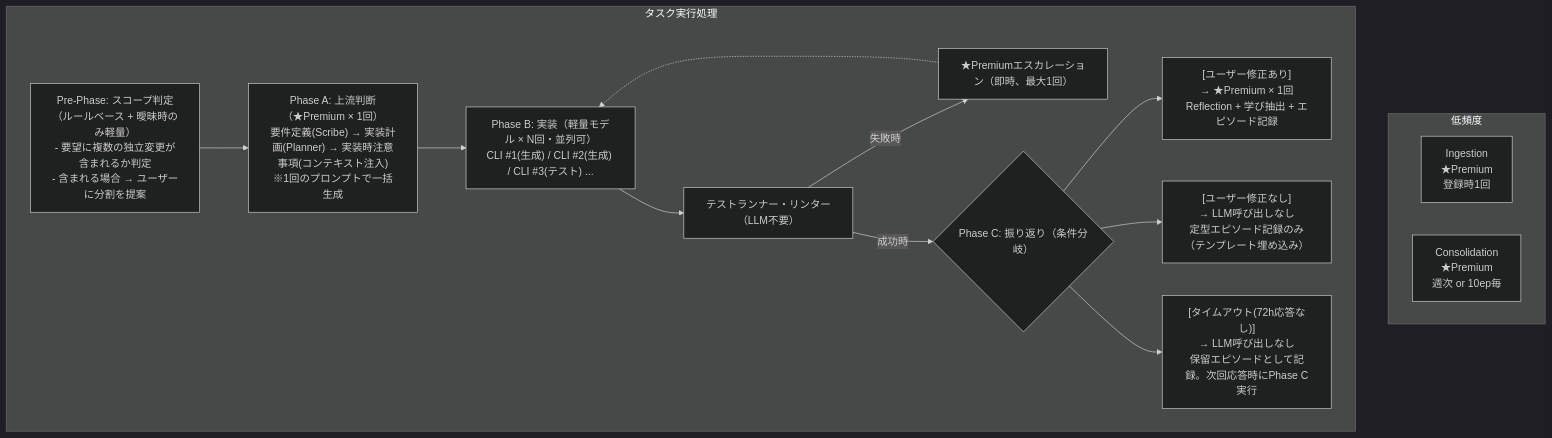
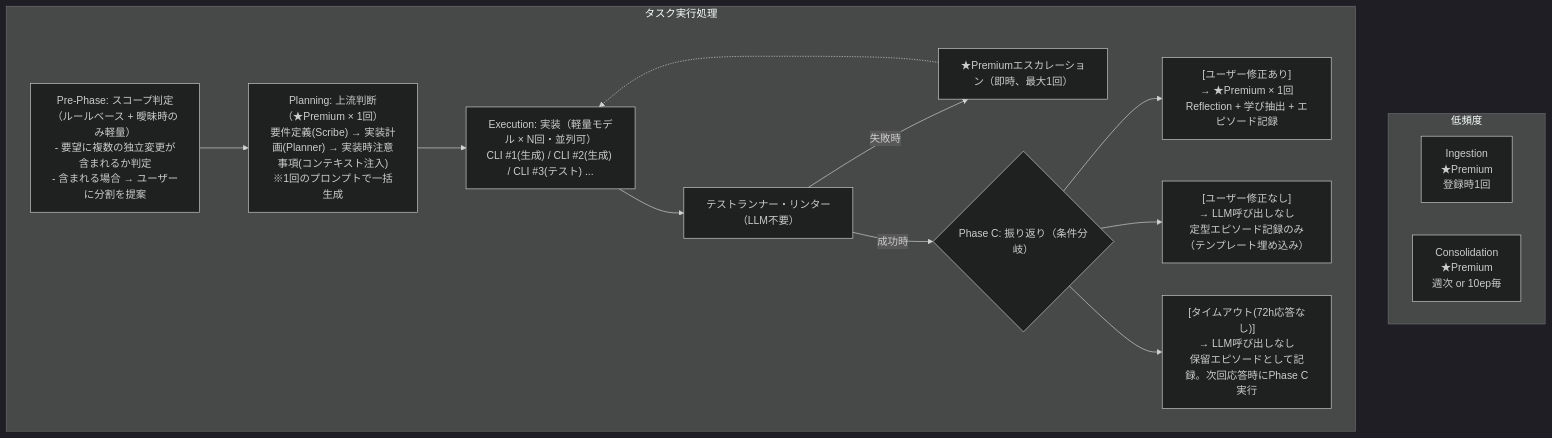
The first of 4 diagrams in docs/plans/005_llm_usage_plan_v2.md (nqounet/deba), drawn with Mermaid (dark theme) before and after one commit. The commit also changed other lines of this file and 23 other files, not shown here.

First line of the commit message:
refactor: rename Phase A/B to Planning/Execution and introduce Trust module

````diff
--- a/docs/plans/005_llm_usage_plan_v2.md
+++ b/docs/plans/005_llm_usage_plan_v2.md
@@ -106,32 +106,32 @@
 ```mermaid
 flowchart TD
     subgraph 低頻度
         A1["Ingestion<br>★Premium<br>登録時1回"]
         A2["Consolidation<br>★Premium<br>週次 or 10ep毎"]
     end
 
     subgraph タスク実行処理
         B1["Pre-Phase: スコープ判定<br>（ルールベース + 曖昧時のみ軽量）<br>- 要望に複数の独立変更が含まれるか判定<br>- 含まれる場合 → ユーザーに分割を提案"]
-        B2["Phase A: 上流判断（★Premium × 1回）<br>要件定義(Scribe) → 実装計画(Planner) → 実装時注意事項(コンテキスト注入)<br>※1回のプロンプトで一括生成"]
+        B2["Planning: 上流判断（★Premium × 1回）<br>要件定義(Scribe) → 実装計画(Planner) → 実装時注意事項(コンテキスト注入)<br>※1回のプロンプトで一括生成"]
         
-        B3["Phase B: 実装（軽量モデル × N回・並列可）<br>CLI #1(生成) / CLI #2(生成) / CLI #3(テスト) ..."]
+        B3["Execution: 実装（軽量モデル × N回・並列可）<br>CLI #1(生成) / CLI #2(生成) / CLI #3(テスト) ..."]
         B4["テストランナー・リンター（LLM不要）"]
         B5["★Premiumエスカレーション（即時、最大1回）"]
         
         B6{"Phase C: 振り返り（条件分岐）"}
         
         B7["[ユーザー修正あり]<br>→ ★Premium × 1回<br>Reflection + 学び抽出 + エピソード記録"]
         B8["[ユーザー修正なし]<br>→ LLM呼び出しなし<br>定型エピソード記録のみ（テンプレート埋め込み）"]
         B9["[タイムアウト(72h応答なし)]<br>→ LLM呼び出しなし<br>保留エピソードとして記録。次回応答時にPhase C実行"]
         
         B1 --> B2
         B2 --> B3
         B3 --> B4
         B4 -- 失敗時 --> B5
         B4 -- 成功時 --> B6
         B5 -.-> B3
         B6 --> B7
         B6 --> B8
         B6 --> B9
     end
 ```
````
